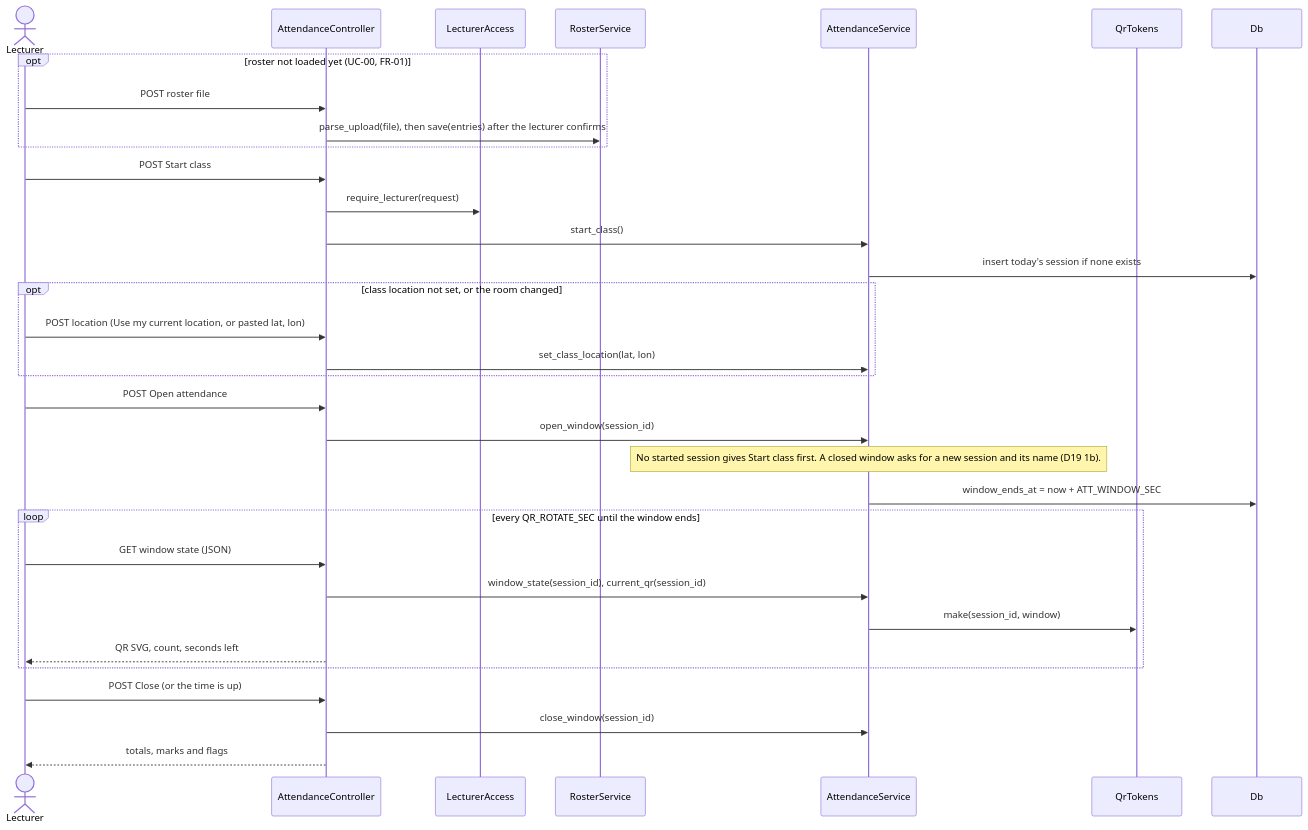
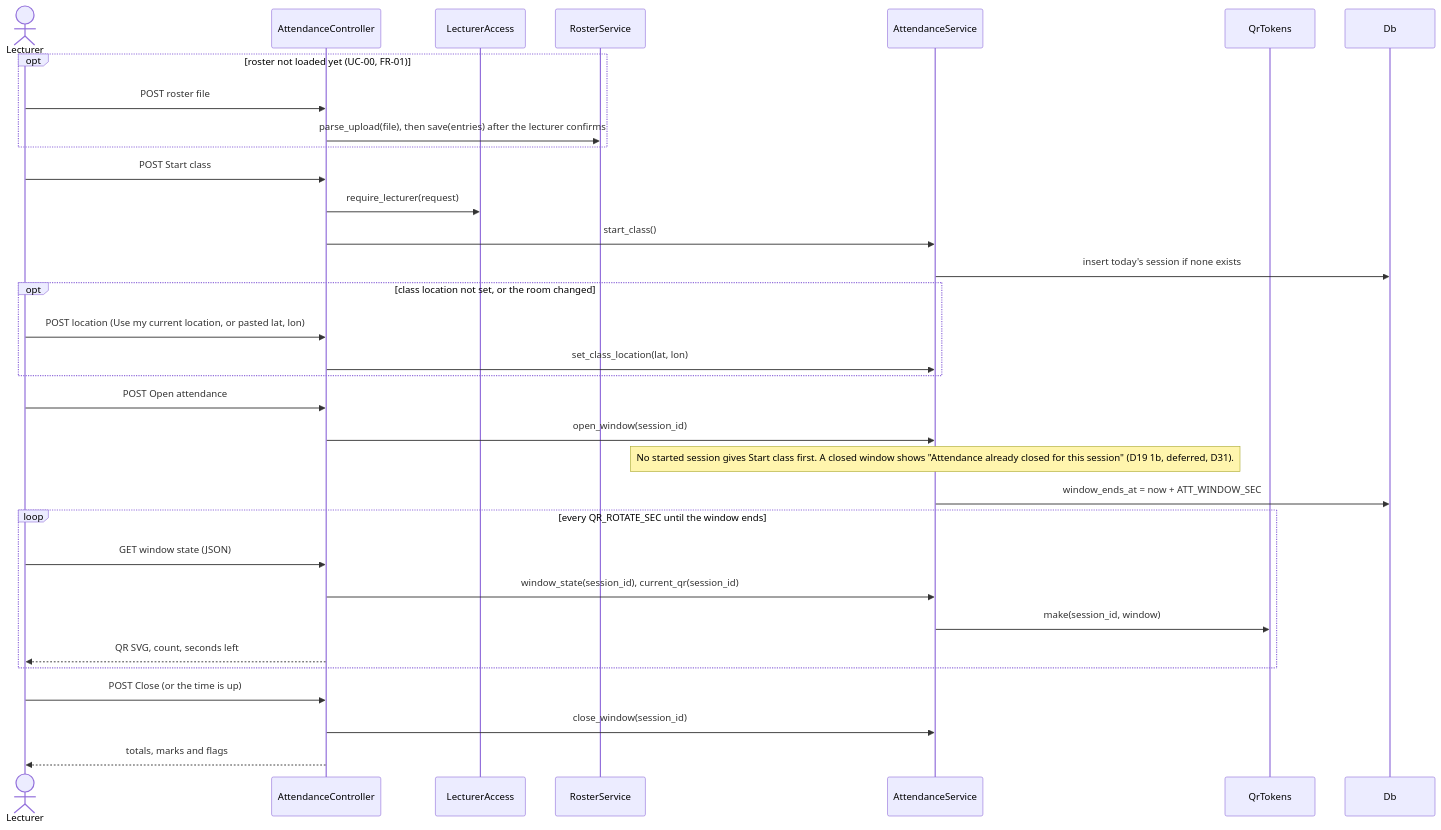
Before and after one commit to Gashaw-ambaw/Ex2: the third of 7 diagrams in docs/edd.md, drawn with Mermaid. The commit also changed other lines of this file and 5 other files, not shown here.

````diff
--- a/docs/edd.md
+++ b/docs/edd.md
@@ -268,35 +269,35 @@
 ```mermaid
 sequenceDiagram
   actor L as Lecturer
   participant AC as AttendanceController
   participant LA as LecturerAccess
   participant RS as RosterService
   participant AS as AttendanceService
   participant QT as QrTokens
   participant DB as Db
   opt roster not loaded yet (UC-00, FR-01)
     L->>AC: POST roster file
     AC->>RS: parse_upload(file), then save(entries) after the lecturer confirms
   end
   L->>AC: POST Start class
   AC->>LA: require_lecturer(request)
   AC->>AS: start_class()
   AS->>DB: insert today's session if none exists
   opt class location not set, or the room changed
     L->>AC: POST location (Use my current location, or pasted lat, lon)
     AC->>AS: set_class_location(lat, lon)
   end
   L->>AC: POST Open attendance
   AC->>AS: open_window(session_id)
-  Note over AS: No started session gives Start class first. A closed window asks for a new session and its name (D19 1b).
+  Note over AS: No started session gives Start class first. A closed window shows "Attendance already closed for this session" (D19 1b, deferred, D31).
   AS->>DB: window_ends_at = now + ATT_WINDOW_SEC
   loop every QR_ROTATE_SEC until the window ends
     L->>AC: GET window state (JSON)
     AC->>AS: window_state(session_id), current_qr(session_id)
     AS->>QT: make(session_id, window)
     AC-->>L: QR SVG, count, seconds left
   end
   L->>AC: POST Close (or the time is up)
   AC->>AS: close_window(session_id)
   AC-->>L: totals, marks and flags
 ```
````
